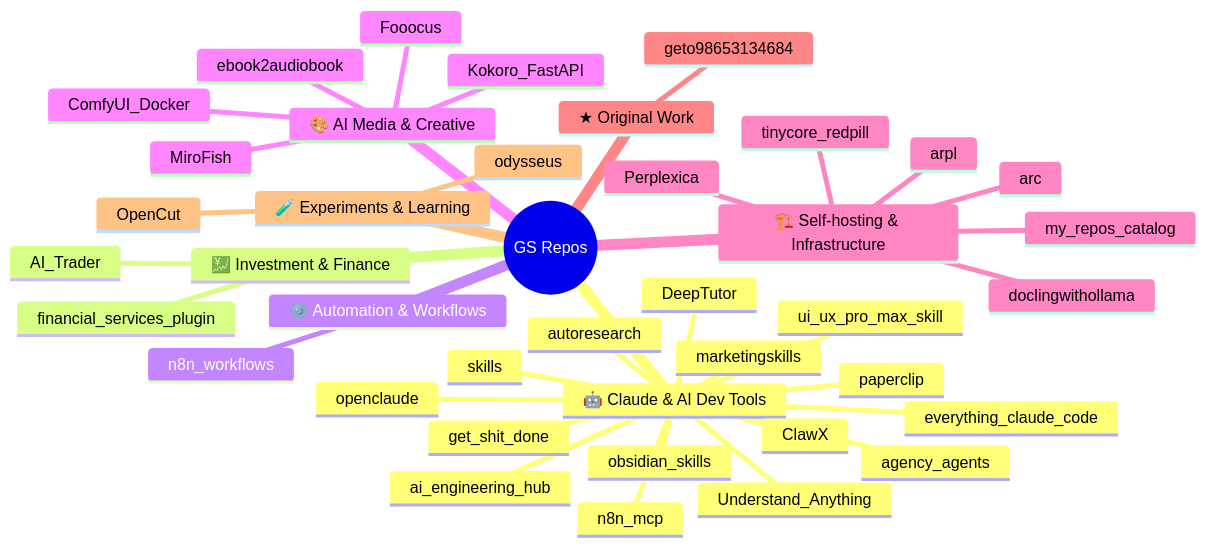
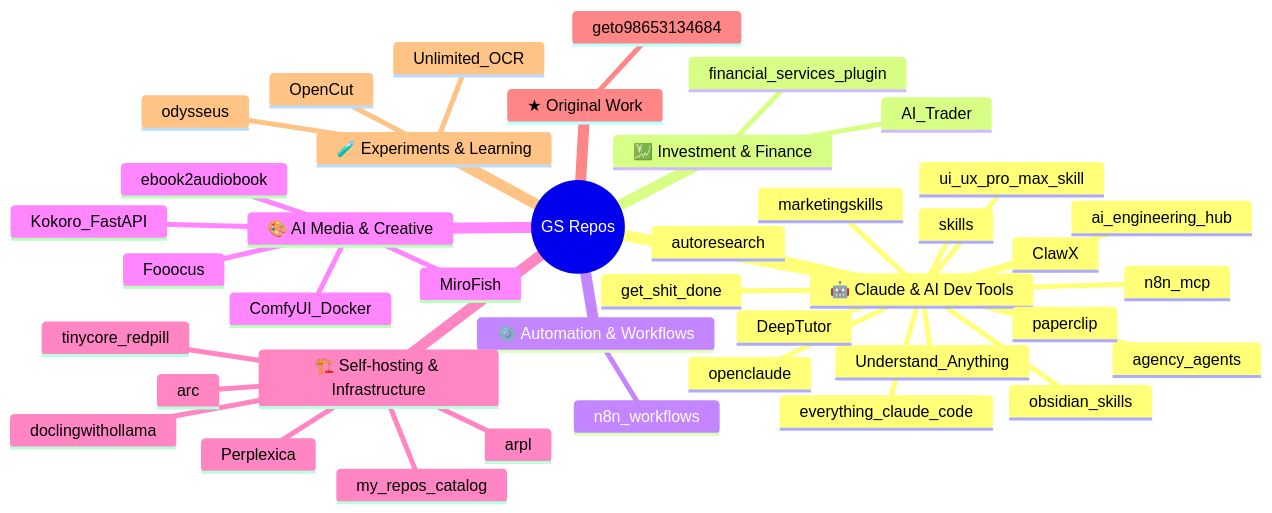
Before and after one commit to geto98653134684/my-repos-catalog: the diagram in README.md, drawn with Mermaid. The commit also changed other lines of this file and 1 other file, not shown here.

````diff
--- a/README.md
+++ b/README.md
@@ -15,43 +15,44 @@
 ```mermaid
 mindmap
   root((GS Repos))
     🤖 Claude & AI Dev Tools
       Understand_Anything
       openclaude
       skills
       DeepTutor
       get_shit_done
       n8n_mcp
       everything_claude_code
       marketingskills
       ai_engineering_hub
       ClawX
       agency_agents
       paperclip
       autoresearch
       ui_ux_pro_max_skill
       obsidian_skills
     💹 Investment & Finance
       AI_Trader
       financial_services_plugin
     ⚙️ Automation & Workflows
       n8n_workflows
     🎨 AI Media & Creative
       MiroFish
       ComfyUI_Docker
       Kokoro_FastAPI
       Fooocus
       ebook2audiobook
     🏗️ Self-hosting & Infrastructure
       my_repos_catalog
       Perplexica
       arc
       doclingwithollama
       arpl
       tinycore_redpill
     ★ Original Work
       geto98653134684
     🧪 Experiments & Learning
+      Unlimited_OCR
       odysseus
       OpenCut
 ```
````
